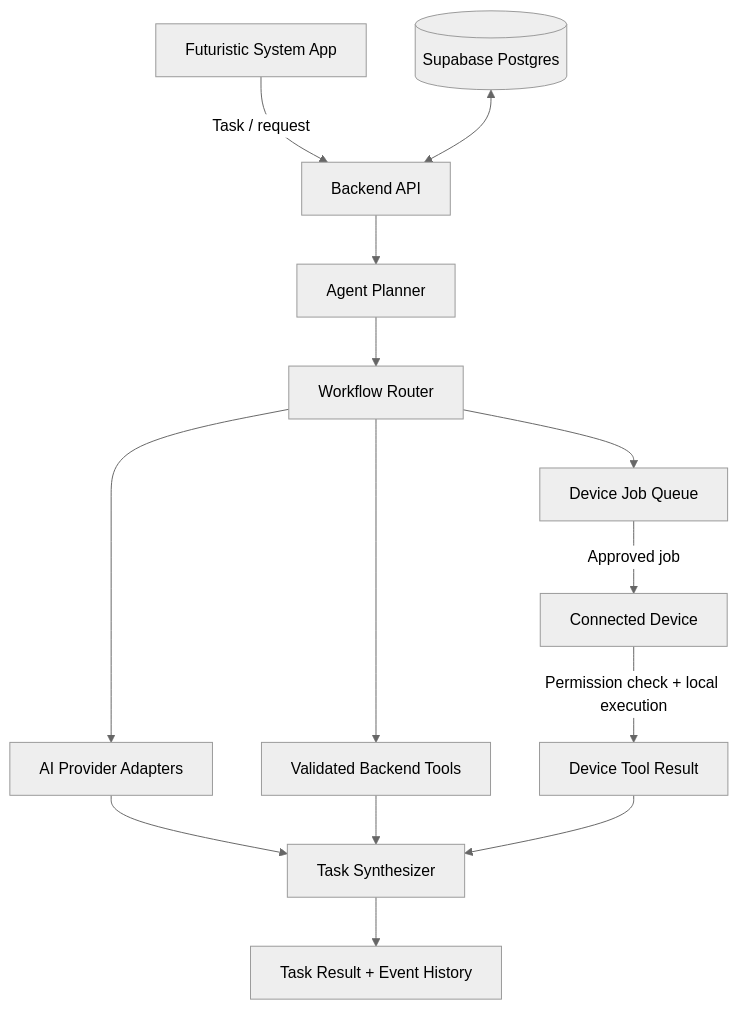
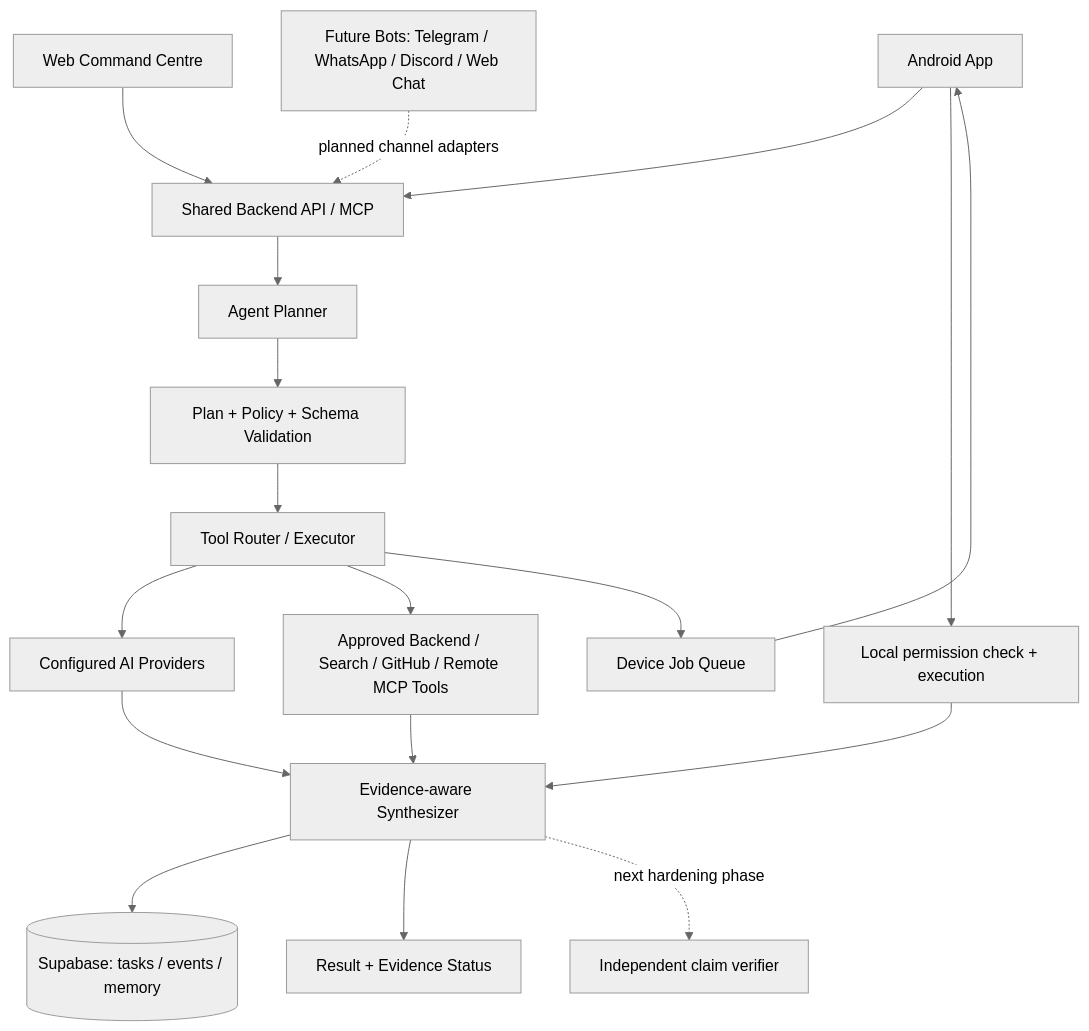
Before and after one commit to kandarpprajapati567-alt/MCP-backend: the diagram in README.md, drawn with Mermaid (neutral theme). The commit also changed other lines of this file and 31 other files, not shown here.

First line of the commit message:
Harden Agent evidence and ship Test Center

````diff
--- a/README.md
+++ b/README.md
@@ -62,16 +70,20 @@
 ```mermaid
 flowchart TD
-    A["Futuristic System App"] -->|"Task / request"| B["Backend API"]
-    B --> C["Agent Planner"]
-    C --> D["Workflow Router"]
-    D --> E["AI Provider Adapters"]
-    D --> F["Validated Backend Tools"]
-    D --> G["Device Job Queue"]
-    E --> H["Task Synthesizer"]
-    F --> H
-    G -->|"Approved job"| I["Connected Device"]
-    I -->|"Permission check + local execution"| J["Device Tool Result"]
-    J --> H
-    K[("Supabase Postgres")] <--> B
-    H --> L["Task Result + Event History"]
+    A["Android App"] --> G["Shared Backend API / MCP"]
+    W["Web Command Centre"] --> G
+    B["Future Bots: Telegram / WhatsApp / Discord / Web Chat"] -. "planned channel adapters" .-> G
+    G --> P["Agent Planner"]
+    P --> V["Plan + Policy + Schema Validation"]
+    V --> R["Tool Router / Executor"]
+    R --> AI["Configured AI Providers"]
+    R --> T["Approved Backend / Search / GitHub / Remote MCP Tools"]
+    R --> Q["Device Job Queue"]
+    Q --> A
+    A --> X["Local permission check + execution"]
+    AI --> S["Evidence-aware Synthesizer"]
+    T --> S
+    X --> S
+    S --> DB[("Supabase: tasks / events / memory")]
+    S --> O["Result + Evidence Status"]
+    S -. "next hardening phase" .-> V2["Independent claim verifier"]
 ```
````
